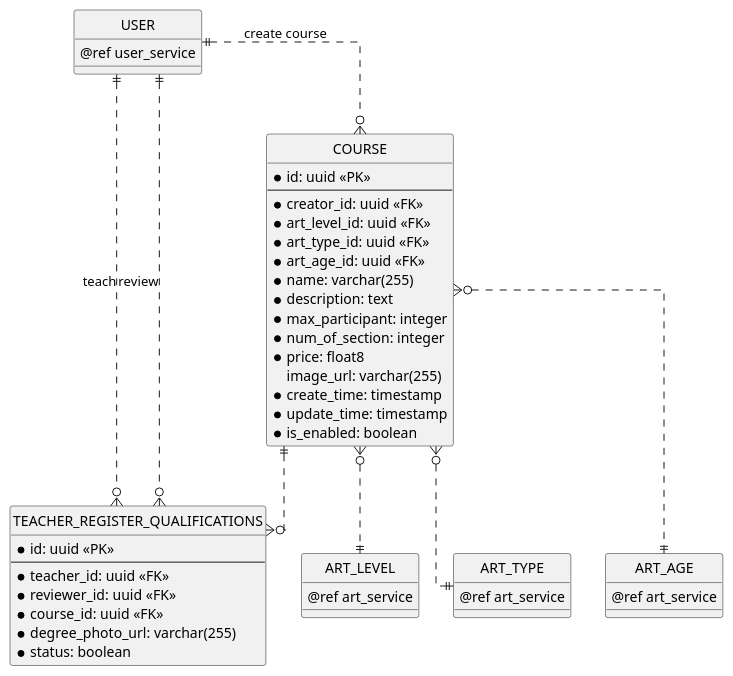
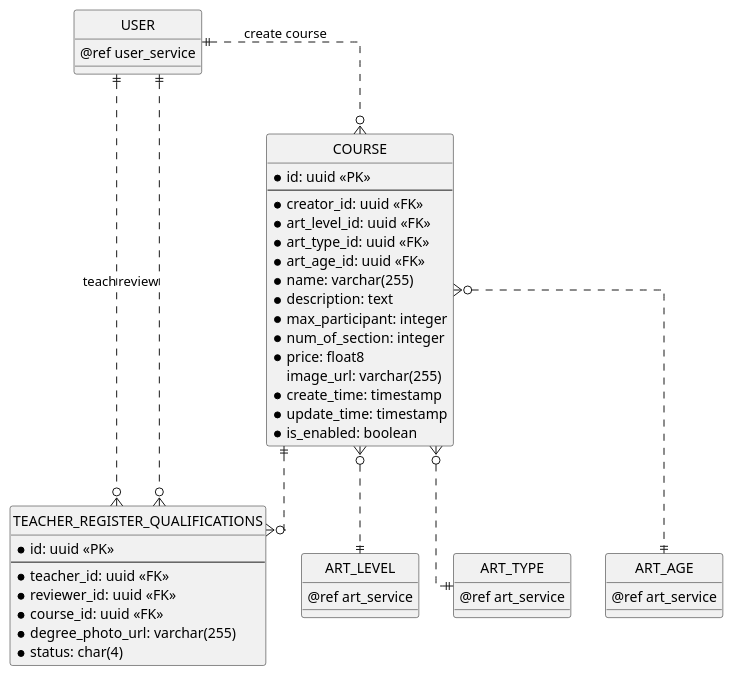
The fourth of 13 diagrams in erd.md (chungnguyenbkcse/ERD-USECASE-KIDSDRAWING), drawn with PlantUML before and after one commit. The commit also changed other lines of this file, not shown here.

Commit message:
edit status type for request

````diff
--- a/erd.md
+++ b/erd.md
@@ -182,64 +182,64 @@
 ```plantuml
 @startuml course_service
 ' hide the spot
 hide circle
 
 ' avoid problems with angled crows feet
 skinparam linetype ortho
 
 entity "USER" as user {
     @ref user_service
 }
 
 entity "ART_LEVEL" as art_level {
     @ref art_service
 }
 
 entity "ART_TYPE" as art_type {
     @ref art_service
 }
 
 entity "ART_AGE" as art_age {
     @ref art_service
 }
 
 entity "TEACHER_REGISTER_QUALIFICATIONS" as teacher_register_qualification {
     * id: uuid <<PK>>
     --
     * teacher_id: uuid <<FK>>
     * reviewer_id: uuid <<FK>>
     * course_id: uuid <<FK>>
     * degree_photo_url: varchar(255)
-    * status: boolean
+    * status: char(4)
 }
 
 entity "COURSE" as course {
     * id: uuid <<PK>>
     --
     * creator_id: uuid <<FK>>
     * art_level_id: uuid <<FK>>
     * art_type_id: uuid <<FK>>
     * art_age_id: uuid <<FK>>
     * name: varchar(255)
     * description: text
     * max_participant: integer
     * num_of_section: integer
     * price: float8
     image_url: varchar(255)
     * create_time: timestamp
     * update_time: timestamp
     * is_enabled: boolean
 }
 
 
 ' Course Relationship
 
 user ||..o{ course: create course
 user ||..o{ teacher_register_qualification: teach
 user ||..o{ teacher_register_qualification: review
 course ||..o{ teacher_register_qualification
 course }o..|| art_level
 course }o..|| art_type
 course }o..|| art_age
 @enduml
 ```
````
